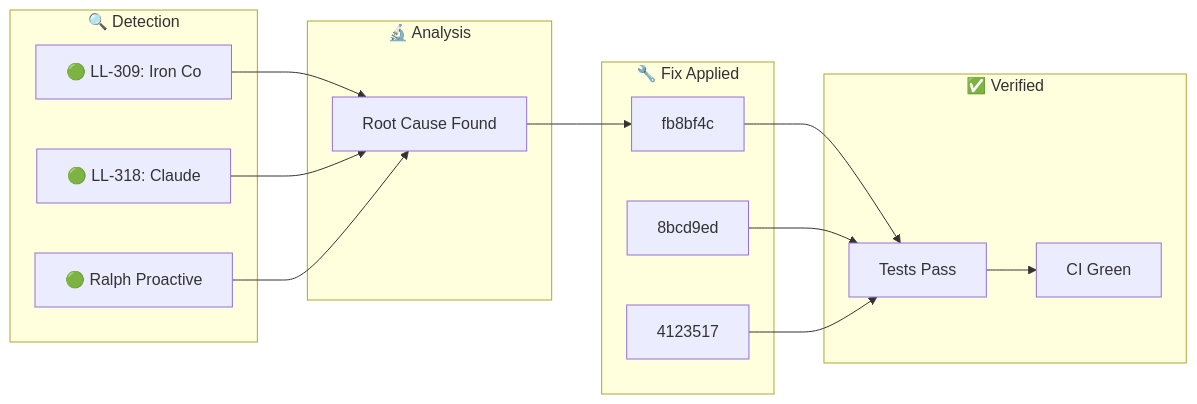
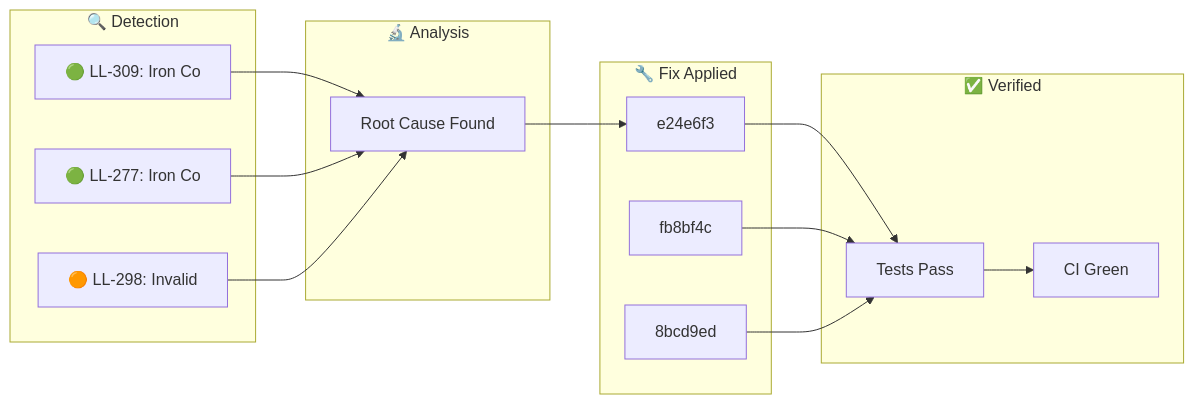
One commit to YoByron/trading changed the diagram in docs/_posts/2026-01-28-ralph-discovery.md. Above: the diagram before and after it, drawn with Mermaid. The commit also changed other lines of this file, not shown here.

Commit message:
docs(ralph): Auto-publish discovery blog post

````diff
--- a/docs/_posts/2026-01-28-ralph-discovery.md
+++ b/docs/_posts/2026-01-28-ralph-discovery.md
@@ -17,28 +17,28 @@
 ```mermaid
 flowchart LR
     subgraph Detection["🔍 Detection"]
         D1["🟢 LL-309: Iron Co"]
-        D2["🟢 LL-318: Claude "]
-        D3["🟢 Ralph Proactive"]
+        D2["🟢 LL-277: Iron Co"]
+        D3["🟠 LL-298: Invalid"]
     end
     subgraph Analysis["🔬 Analysis"]
         A1["Root Cause Found"]
     end
     subgraph Fix["🔧 Fix Applied"]
-        F1["fb8bf4c"]
-        F2["8bcd9ed"]
-        F3["4123517"]
+        F1["e24e6f3"]
+        F2["fb8bf4c"]
+        F3["8bcd9ed"]
     end
     subgraph Verify["✅ Verified"]
         V1["Tests Pass"]
         V2["CI Green"]
     end
     D1 --> A1
     D2 --> A1
     D3 --> A1
     A1 --> F1
     F1 --> V1
     F2 --> V1
     F3 --> V1
     V1 --> V2
 ```
````
